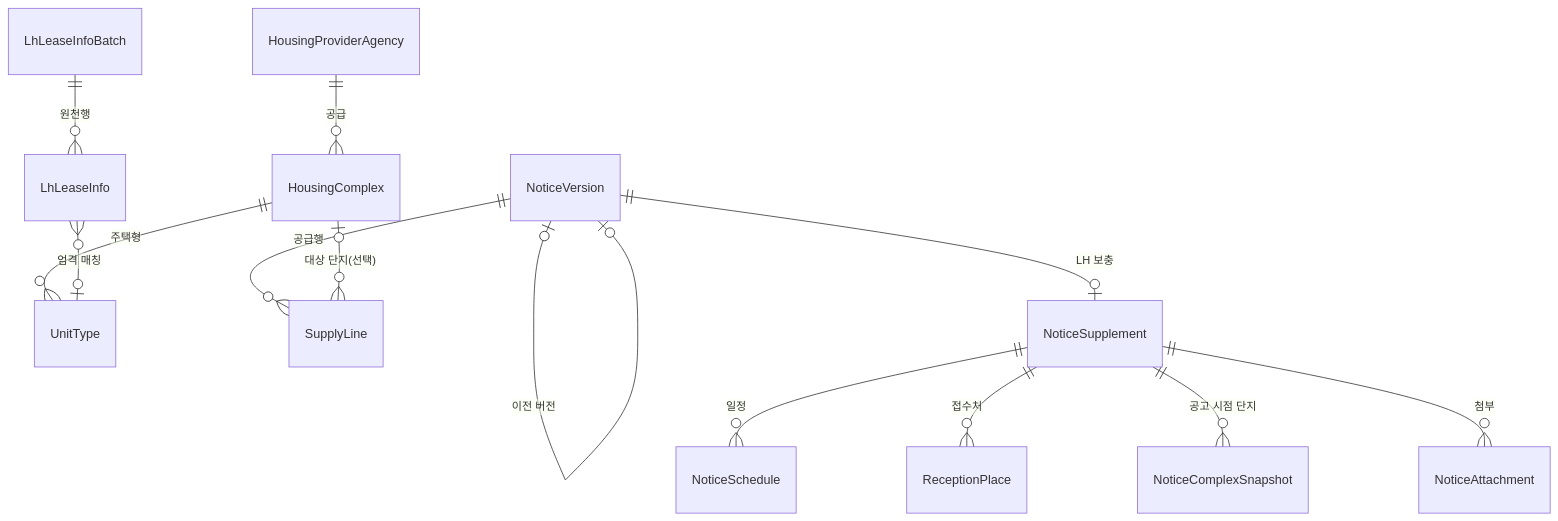
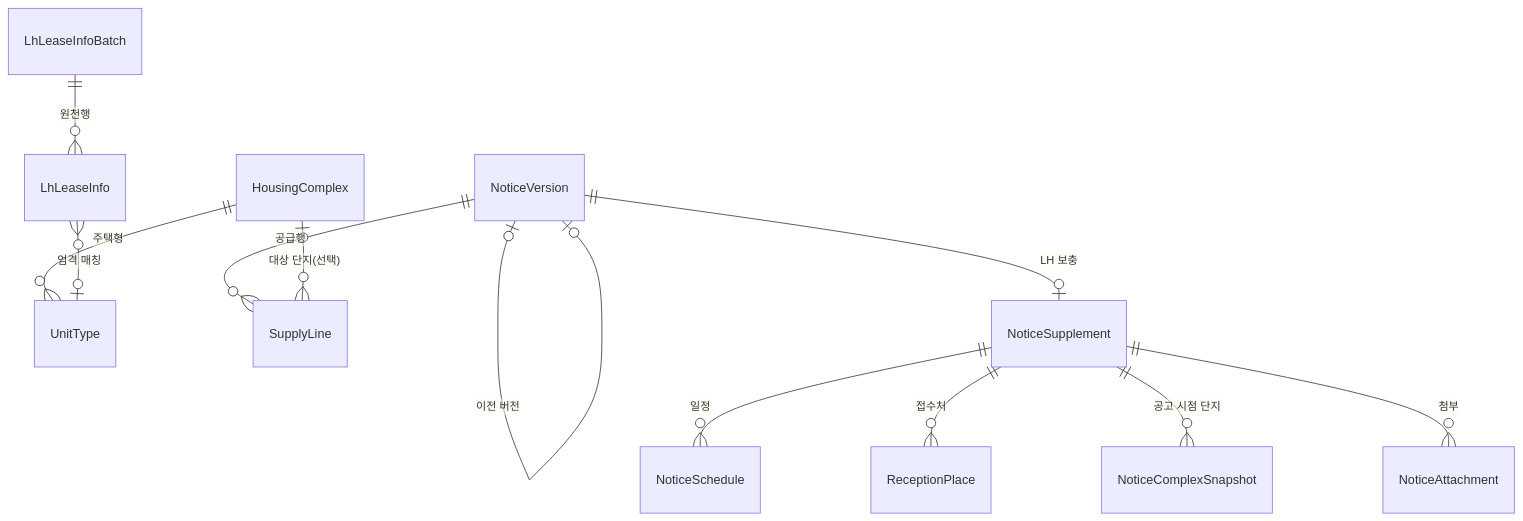
One commit to JunHyung1206/toadzip-api-domain changed the diagram in docs/원천-매핑.md. Above: the diagram before and after it, drawn with Mermaid. The commit also changed other lines of this file and 30 other files, not shown here.

````diff
--- a/docs/원천-매핑.md
+++ b/docs/원천-매핑.md
@@ -17,15 +17,14 @@
 ```mermaid
 erDiagram
-    HousingProviderAgency ||--o{ HousingComplex : "공급"
     HousingComplex ||--o{ UnitType : "주택형"
     LhLeaseInfoBatch ||--o{ LhLeaseInfo : "원천행"
     LhLeaseInfo }o--o| UnitType : "엄격 매칭"
     NoticeVersion ||--o{ SupplyLine : "공급행"
     NoticeVersion |o--o| NoticeVersion : "이전 버전"
     HousingComplex |o--o{ SupplyLine : "대상 단지(선택)"
     NoticeVersion ||--o| NoticeSupplement : "LH 보충"
     NoticeSupplement ||--o{ NoticeSchedule : "일정"
     NoticeSupplement ||--o{ ReceptionPlace : "접수처"
     NoticeSupplement ||--o{ NoticeComplexSnapshot : "공고 시점 단지"
     NoticeSupplement ||--o{ NoticeAttachment : "첨부"
 ```
````
